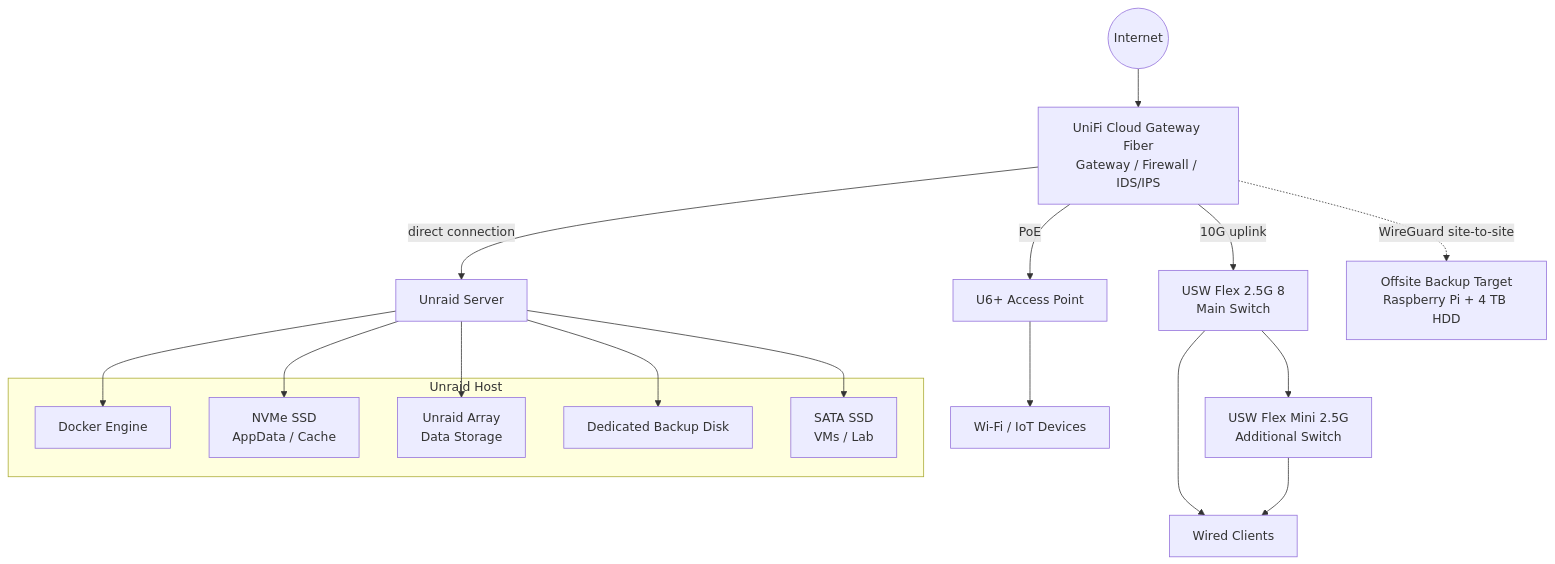
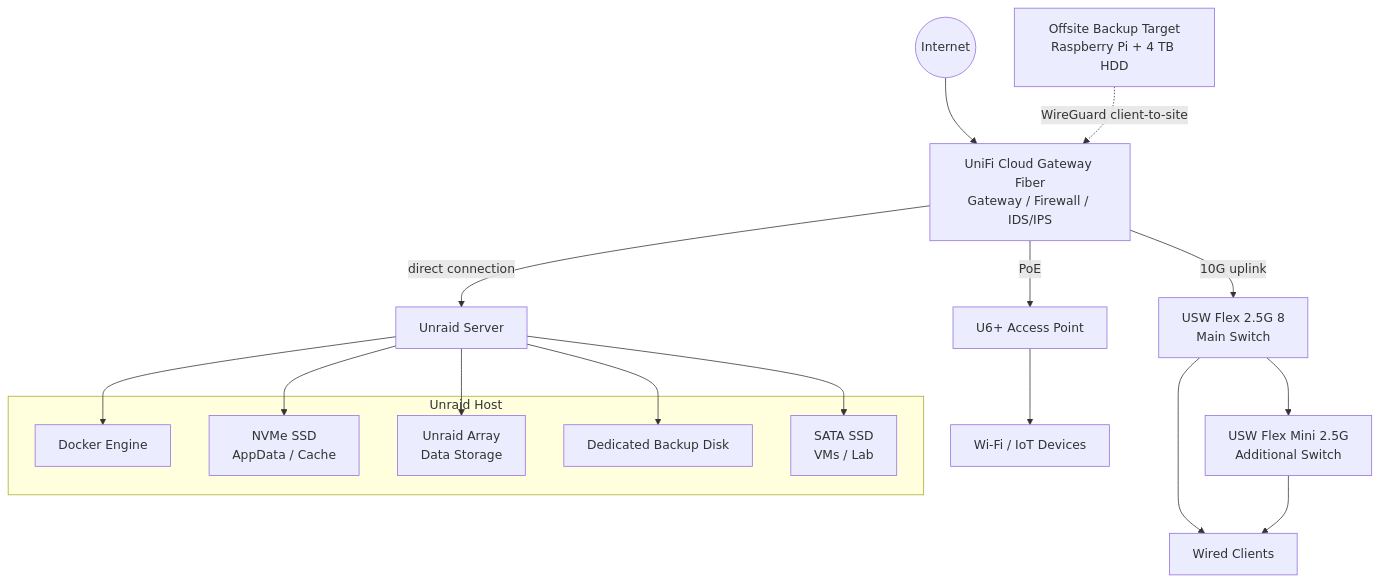
The diagram in docs/architecture.md (ThomasMann2001/HeimServer-Projekt), drawn with Mermaid before and after one commit. The commit also changed other lines of this file, not shown here.

Commit message:
Update architecture documentation for clarity

````diff
--- a/docs/architecture.md
+++ b/docs/architecture.md
@@ -30,36 +30,36 @@
 ```mermaid
 flowchart TD
     Internet((Internet))
     UCG["UniFi Cloud Gateway Fiber<br/>Gateway / Firewall / IDS/IPS"]
     Flex8["USW Flex 2.5G 8<br/>Main Switch"]
     FlexMini["USW Flex Mini 2.5G<br/>Additional Switch"]
     AP["U6+ Access Point"]
     Unraid["Unraid Server"]
     WiredClients["Wired Clients"]
     WiFiClients["Wi-Fi / IoT Devices"]
     Offsite["Offsite Backup Target<br/>Raspberry Pi + 4 TB HDD"]
 
     Internet --> UCG
     UCG -->|"direct connection"| Unraid
     UCG -->|"10G uplink"| Flex8
     UCG -->|"PoE"| AP
     Flex8 --> FlexMini
     Flex8 --> WiredClients
     FlexMini --> WiredClients
     AP --> WiFiClients
-    UCG -.->|"WireGuard site-to-site"| Offsite
+    Offsite -.->|"WireGuard client-to-site"| UCG
 
     subgraph UnraidHost["Unraid Host"]
         Docker["Docker Engine"]
         Cache["NVMe SSD<br/>AppData / Cache"]
         ArrayStorage["Unraid Array<br/>Data Storage"]
         BackupDisk["Dedicated Backup Disk"]
         LabSSD["SATA SSD<br/>VMs / Lab"]
     end
 
     Unraid --> Docker
     Unraid --> Cache
     Unraid --> ArrayStorage
     Unraid --> BackupDisk
     Unraid --> LabSSD
 ```
````
